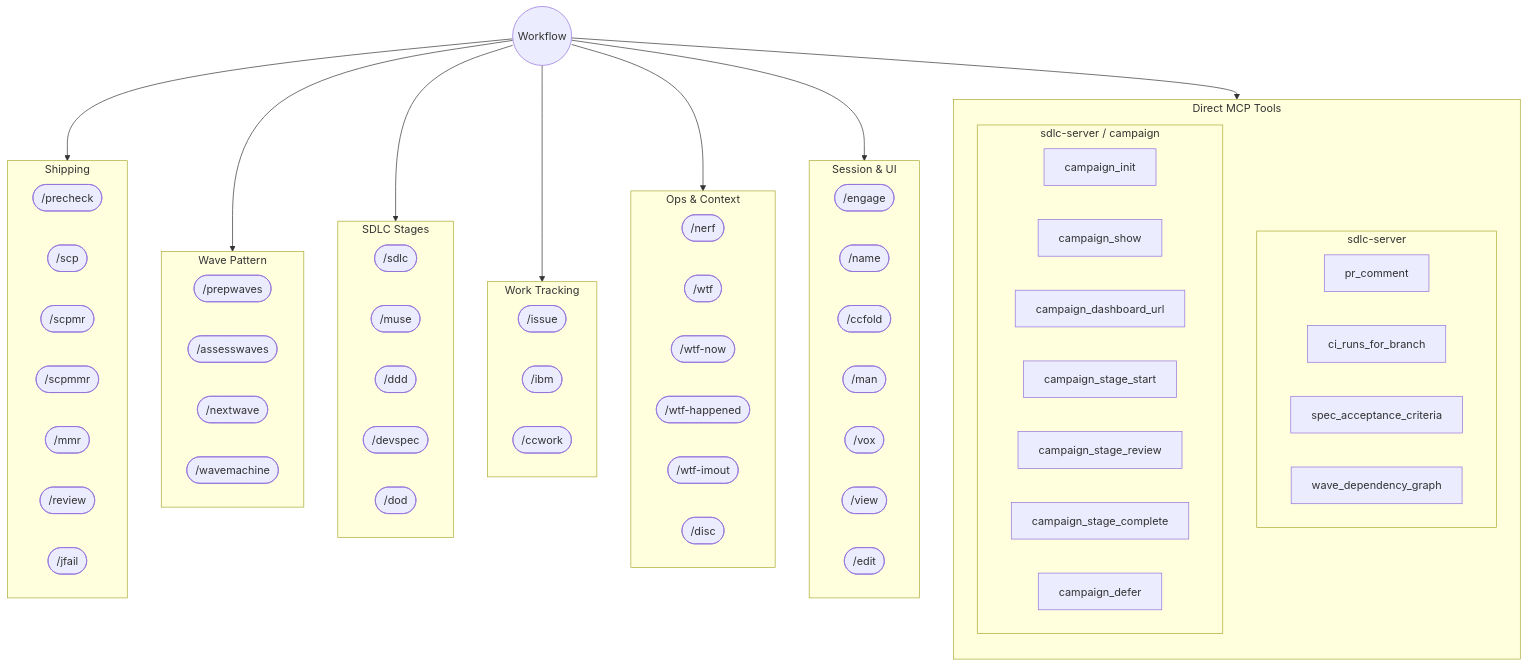
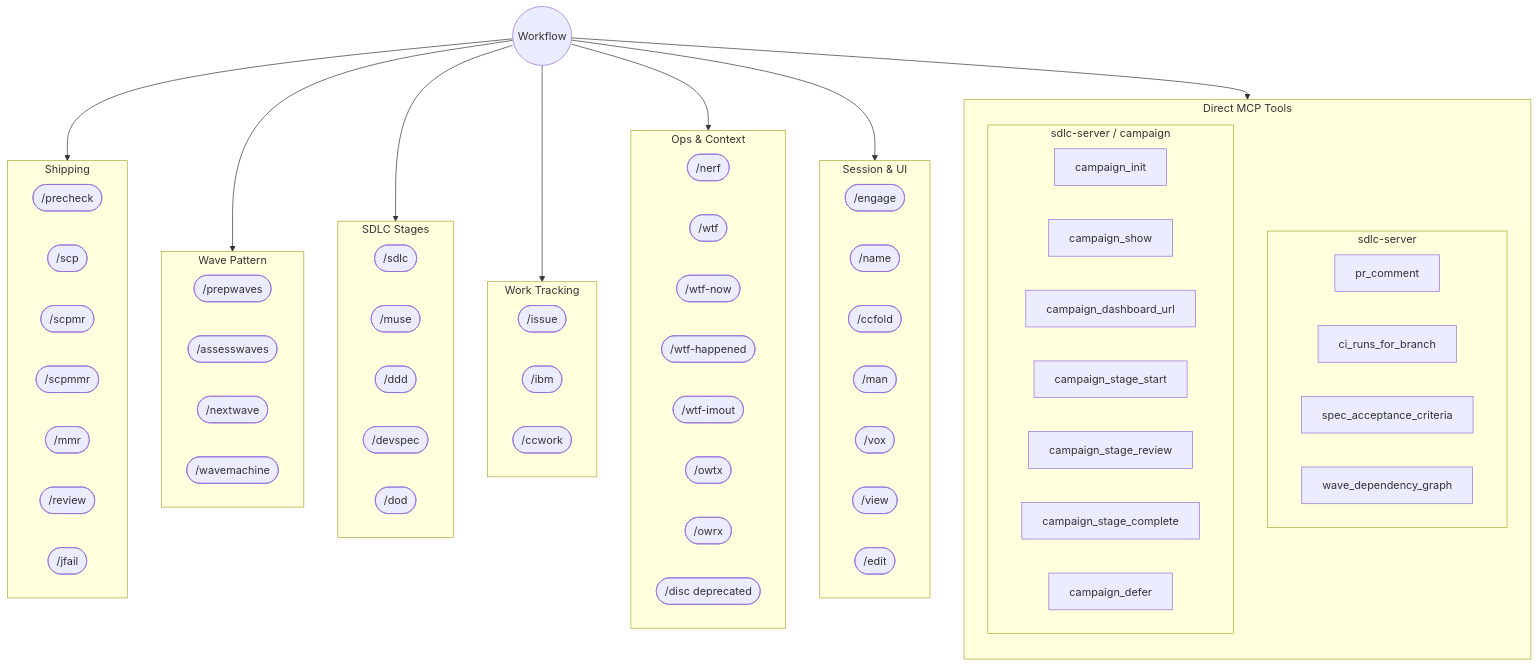
Before and after one commit to Wave-Engineering/claudecode-workflow: the diagram in docs/tool-skill-map.md, drawn with Mermaid. The commit also changed other lines of this file and 34 other files, not shown here.

```diff
--- a/docs/tool-skill-map.md
+++ b/docs/tool-skill-map.md
@@ -50,7 +50,9 @@
     wtf_now([/wtf-now])
     wtf_happened([/wtf-happened])
     wtf_imout([/wtf-imout])
-    disc([/disc])
+    owtx([/owtx])
+    owrx([/owrx])
+    disc([/disc deprecated])
   end
 
   subgraph session ["Session & UI"]
```
